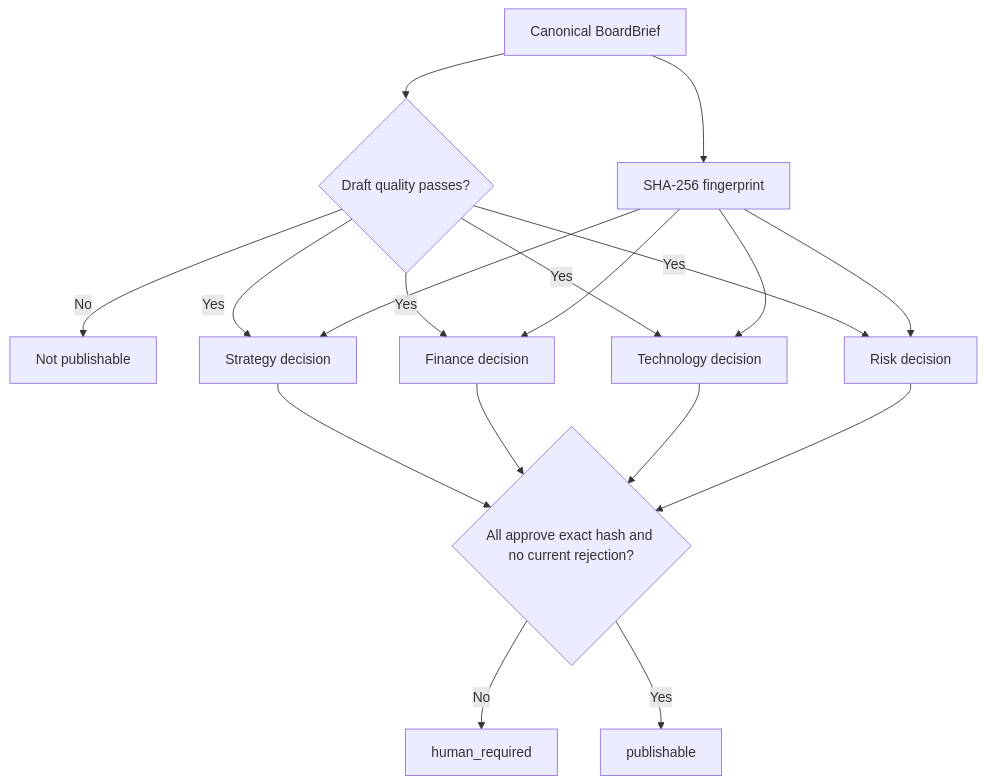
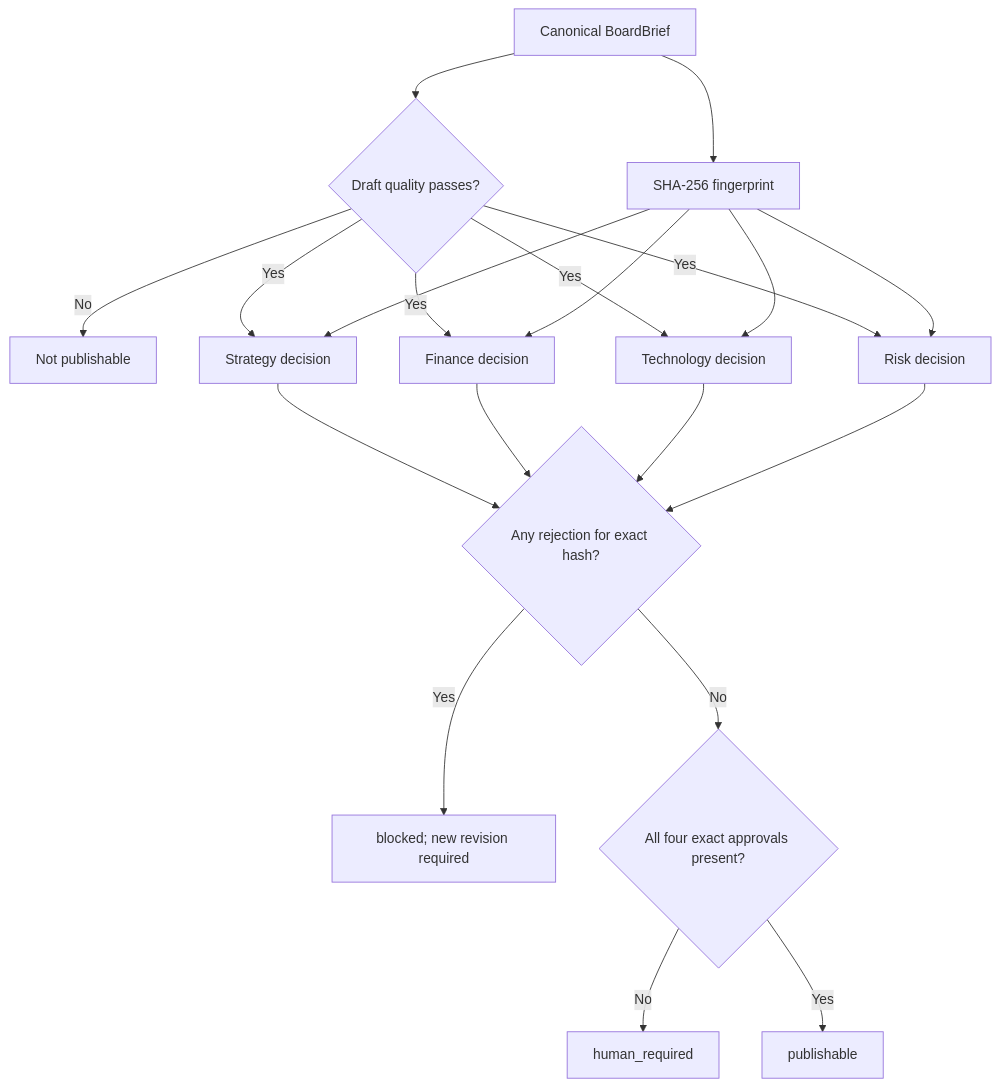
Before and after one commit to sw30labs/PorterForcesAI: the diagram in docs/technical/adr/006-human-publication-gate.md, drawn with Mermaid. The commit also changed other lines of this file and 14 other files, not shown here.

````diff
--- a/docs/technical/adr/006-human-publication-gate.md
+++ b/docs/technical/adr/006-human-publication-gate.md
@@ -32,14 +32,16 @@
 ```mermaid
 flowchart TD
     B[Canonical BoardBrief] --> H[SHA-256 fingerprint]
     B --> Q{Draft quality passes?}
     Q -- No --> D[Not publishable]
     Q -- Yes --> S[Strategy decision]
     Q -- Yes --> F[Finance decision]
     Q -- Yes --> T[Technology decision]
     Q -- Yes --> R[Risk decision]
     H --> S & F & T & R
-    S & F & T & R --> C{All approve exact hash and no current rejection?}
+    S & F & T & R --> J{Any rejection for exact hash?}
+    J -- Yes --> X[blocked; new revision required]
+    J -- No --> C{All four exact approvals present?}
     C -- No --> U[human_required]
     C -- Yes --> P[publishable]
 ```
````
